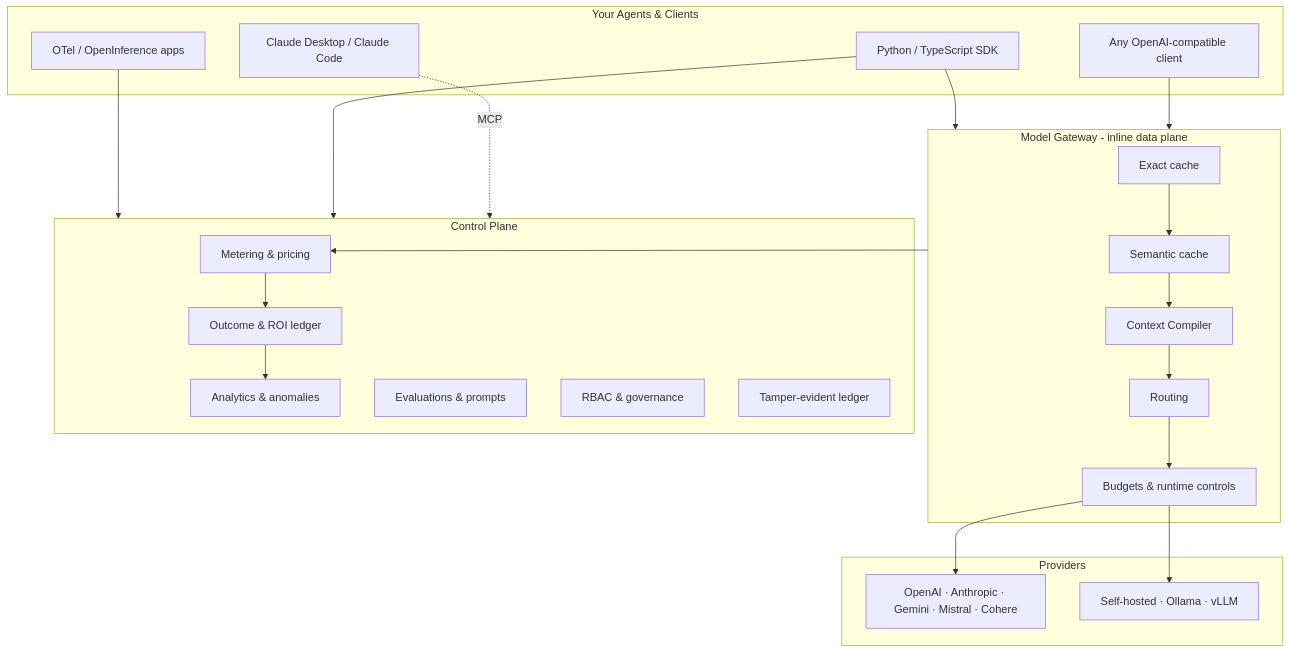
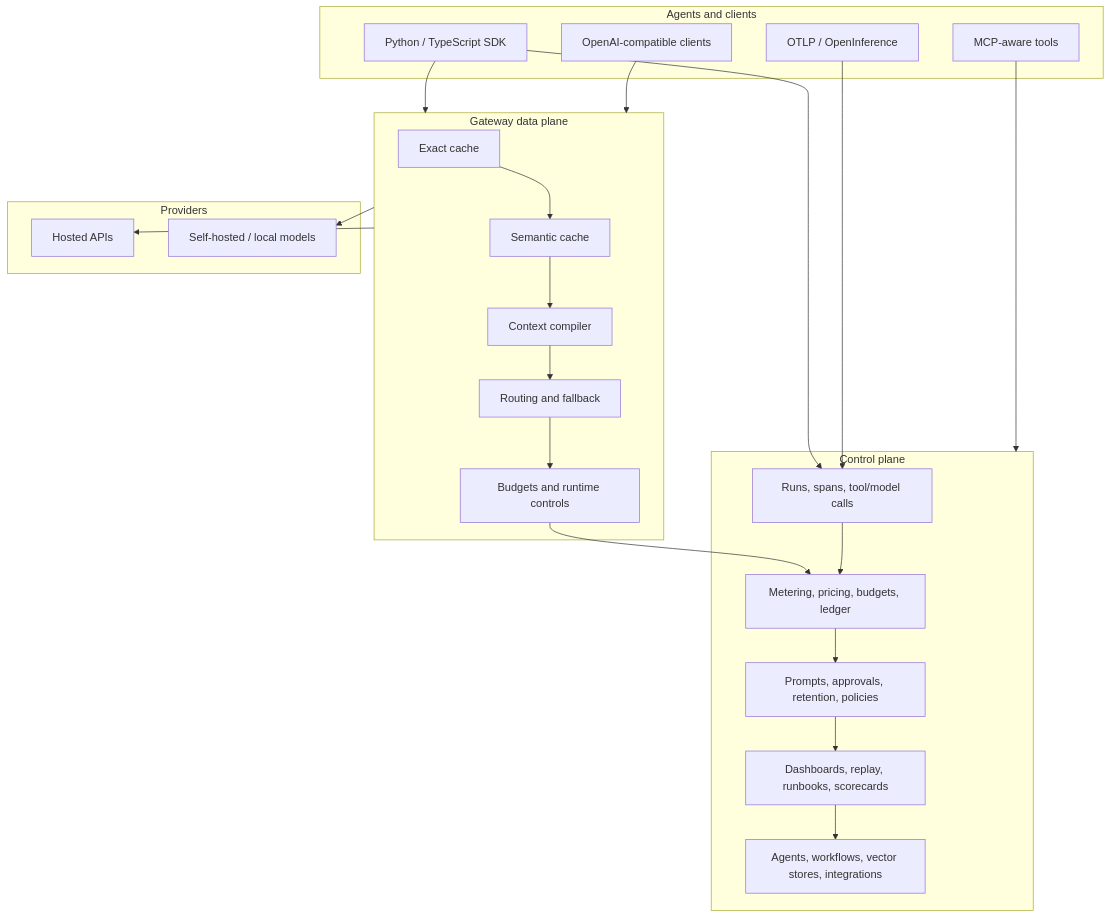
One commit to avs6/runledger-community changed the diagram in README.md. Above: the diagram before and after it, drawn with Mermaid. The commit also changed other lines of this file and 97 other files, not shown here.

Commit message:
Ship demo replayability, backup ops, and routing observability updates

````diff
--- a/README.md
+++ b/README.md
@@ -165,37 +136,39 @@
 ```mermaid
 flowchart TB
-  subgraph clients [Your Agents & Clients]
-    sdk[Python / TypeScript SDK]
-    otel[OTel / OpenInference apps]
-    oai[Any OpenAI-compatible client]
-    claude[Claude Desktop / Claude Code]
+  subgraph clients["Agents and clients"]
+    sdk["Python / TypeScript SDK"]
+    otel["OTLP / OpenInference"]
+    oai["OpenAI-compatible clients"]
+    mcp["MCP-aware tools"]
   end
 
-  subgraph gw [Model Gateway - inline data plane]
-    exact[Exact cache] --> sem[Semantic cache] --> comp[Context Compiler] --> route[Routing] --> guard[Budgets & runtime controls]
+  subgraph gateway["Gateway data plane"]
+    exact["Exact cache"] --> semantic["Semantic cache"] --> compile["Context compiler"] --> route["Routing and fallback"] --> controls["Budgets and runtime controls"]
   end
 
-  subgraph cp [Control Plane]
-    meter[Metering & pricing]
-    analytics[Analytics & anomalies]
-    outcomes[Outcome & ROI ledger]
-    evals[Evaluations & prompts]
-    rbac[RBAC & governance]
-    ledger[Tamper-evident ledger]
+  subgraph plane["Control plane"]
+    ingest["Runs, spans, tool/model calls"]
+    finops["Metering, pricing, budgets, ledger"]
+    govern["Prompts, approvals, retention, policies"]
+    observe["Dashboards, replay, runbooks, scorecards"]
+    ops["Agents, workflows, vector stores, integrations"]
   end
 
-  subgraph providers [Providers]
-    hosted[OpenAI · Anthropic · Gemini · Mistral · Cohere]
-    local[Self-hosted · Ollama · vLLM]
+  subgraph providers["Providers"]
+    hosted["Hosted APIs"]
+    local["Self-hosted / local models"]
   end
 
-  oai --> gw
-  sdk --> gw
-  guard --> hosted
-  guard --> local
-  claude -. MCP .-> cp
-  sdk --> cp
-  otel --> cp
-  gw --> meter
-  meter --> outcomes --> analytics
+  sdk --> gateway
+  oai --> gateway
+  gateway --> hosted
+  gateway --> local
+  sdk --> ingest
+  otel --> ingest
+  mcp --> plane
+  controls --> finops
+  ingest --> finops
+  finops --> govern
+  govern --> observe
+  observe --> ops
 ```
````
